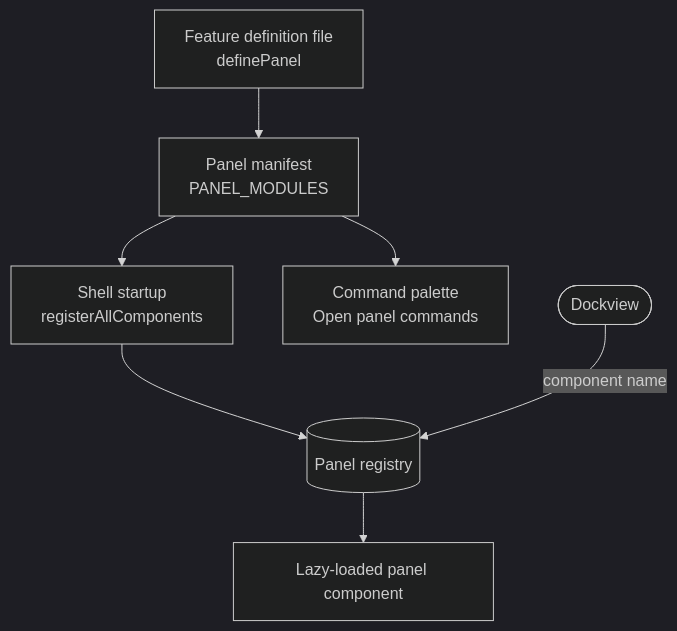
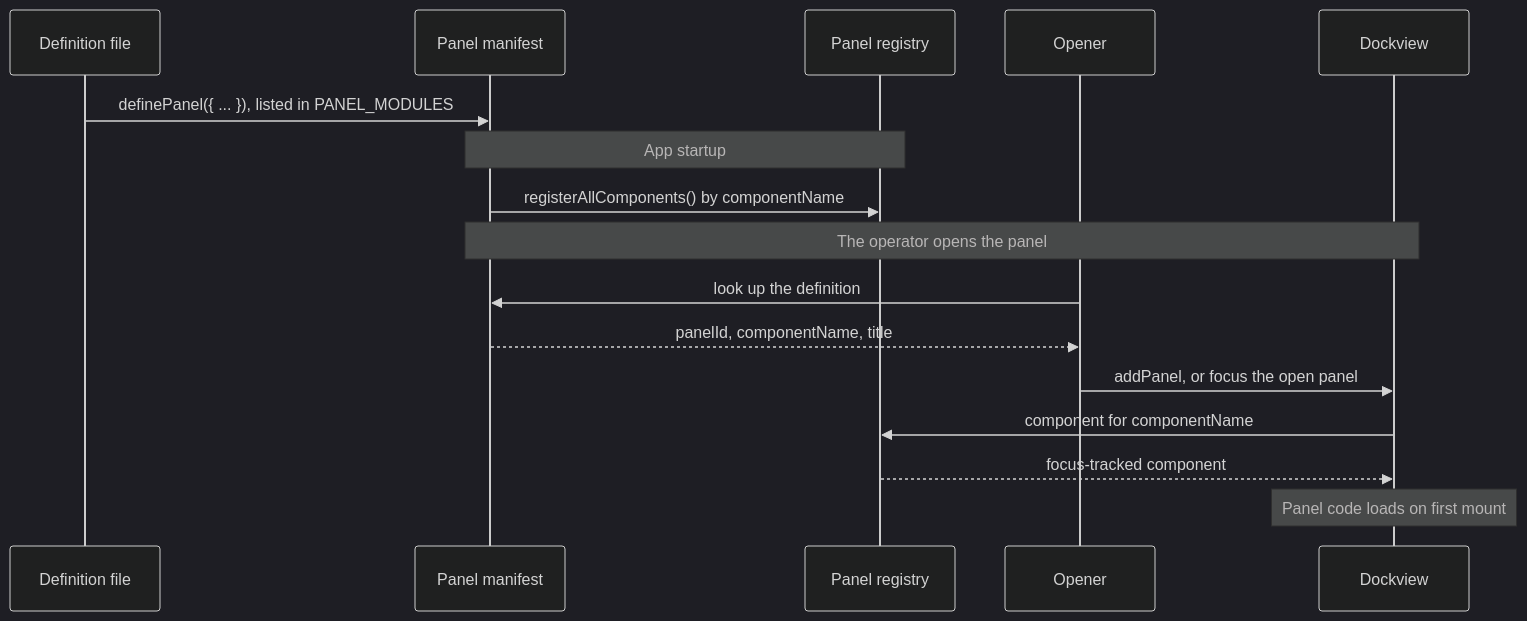
One commit to stewartadam/nightfall-lightdesk changed the third of 5 diagrams in docs/internal/src/architecture/web-ui.md. Above: the diagram before and after it, drawn with Mermaid (dark theme). The commit also changed other lines of this file and 6 other files, not shown here.

````diff
--- a/docs/internal/src/architecture/web-ui.md
+++ b/docs/internal/src/architecture/web-ui.md
@@ -122,11 +133,20 @@
 ```mermaid
-flowchart TB
-  accTitle: Panel registration
-  accDescr: Each feature's definition file calls definePanel. The panel manifest lists every definition. At startup the shell registers every manifest entry with the panel registry. Dockview asks the registry for a component by name, and the component loads lazily the first time it mounts.
-  def[Feature definition file<br/>definePanel] --> manifest[Panel manifest<br/>PANEL_MODULES]
-  manifest --> startup[Shell startup<br/>registerAllComponents]
-  startup --> registry[(Panel registry)]
-  manifest --> palette[Command palette<br/>Open panel commands]
-  dockview([Dockview]) -- component name --> registry
-  registry --> lazy[Lazy-loaded panel component]
+sequenceDiagram
+  accTitle: Panel registration and opening
+  accDescr: A feature's definition file default-exports definePanel, and the panel manifest imports it. At startup, registerAllComponents registers every manifest entry with the panel registry by component name. Later, an opener such as an Open command reads the definition and asks Dockview to add the panel by ID and component name. Dockview asks the panel registry for the component, which loads the panel code on first mount.
+  participant Def as Definition file
+  participant Manifest as Panel manifest
+  participant Registry as Panel registry
+  participant Opener
+  participant Dock as Dockview
+  Def->>Manifest: definePanel({ ... }), listed in PANEL_MODULES
+  Note over Manifest,Registry: App startup
+  Manifest->>Registry: registerAllComponents() by componentName
+  Note over Manifest,Dock: The operator opens the panel
+  Opener->>Manifest: look up the definition
+  Manifest-->>Opener: panelId, componentName, title
+  Opener->>Dock: addPanel, or focus the open panel
+  Dock->>Registry: component for componentName
+  Registry-->>Dock: focus-tracked component
+  Note over Dock: Panel code loads on first mount
 ```
````
